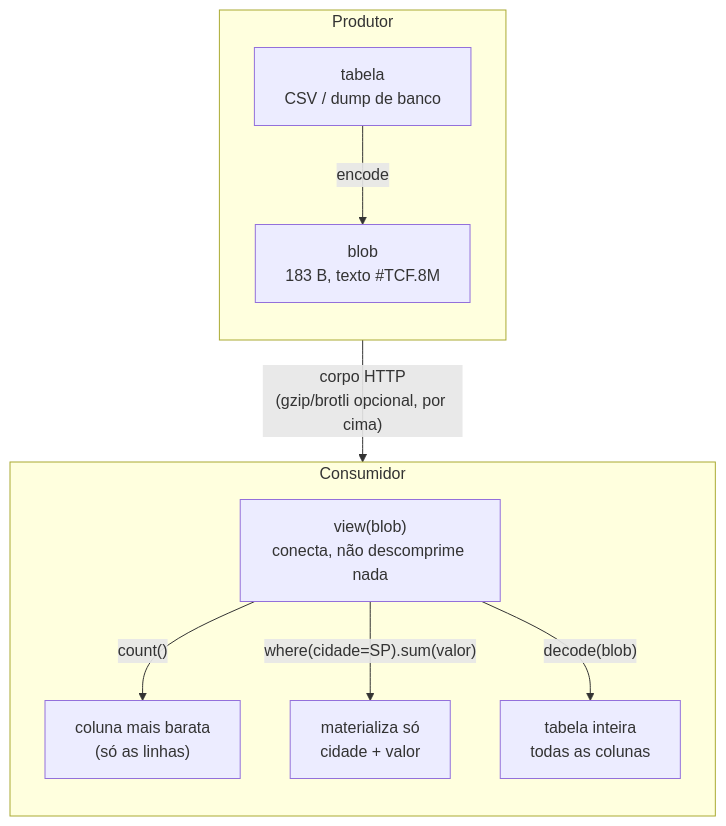
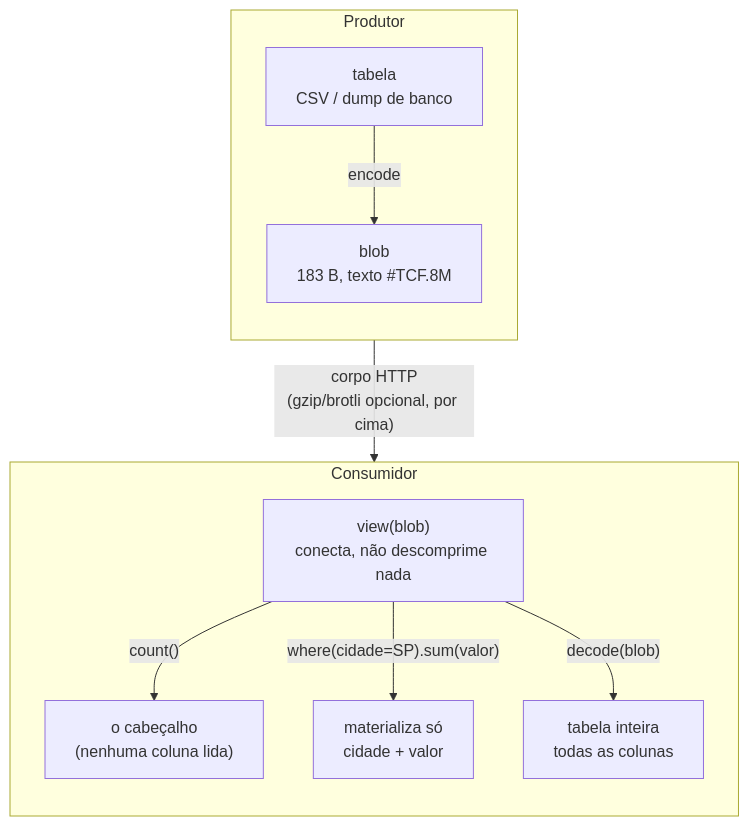
One commit to LeoPR/TCF changed the diagram in README.pt-BR.md. Above: the diagram before and after it, drawn with Mermaid. The commit also changed other lines of this file and 12 other files, not shown here.

````diff
--- a/README.pt-BR.md
+++ b/README.pt-BR.md
@@ -620,14 +621,14 @@
 ```mermaid
 flowchart TB
     subgraph Produtor
         direction TB
         A[tabela<br/>CSV / dump de banco] -->|encode| B["blob<br/>183 B, texto #TCF.8M"]
     end
     B -->|"corpo HTTP<br/>(gzip/brotli opcional, por cima)"| C
     subgraph Consumidor
         direction TB
-        C["view(blob)<br/>conecta, não descomprime nada"] -->|"count()"| D["coluna mais barata<br/>(só as linhas)"]
+        C["view(blob)<br/>conecta, não descomprime nada"] -->|"count()"| D["o cabeçalho<br/>(nenhuma coluna lida)"]
         C -->|"where(cidade=SP).sum(valor)"| E["materializa só<br/>cidade + valor"]
         C -->|"decode(blob)"| F[tabela inteira<br/>todas as colunas]
     end
 ```
````
